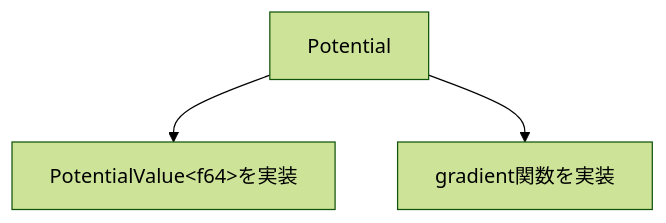
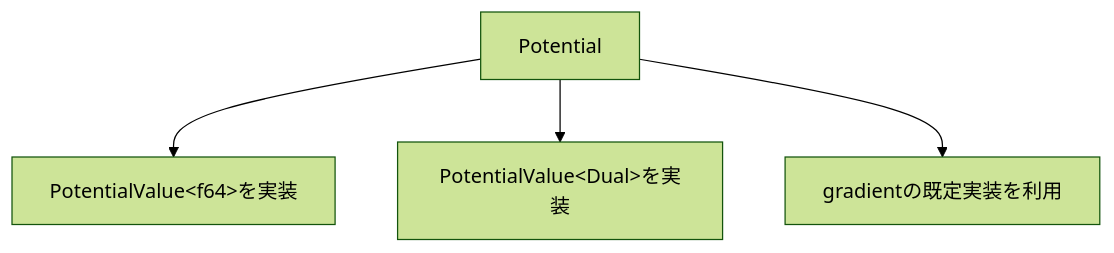
The third of 5 diagrams in docs/rust-potential-guide.md (inuverse44/phys-type), drawn with Mermaid (forest theme) before and after one commit. The commit also changed other lines of this file and 7 other files, not shown here.

````diff
--- a/docs/rust-potential-guide.md
+++ b/docs/rust-potential-guide.md
@@ -134,9 +139,11 @@
 ```mermaid
 flowchart TD
     P[Potential]
     V[PotentialValue&lt;f64&gt;を実装]
-    G[gradient関数を実装]
+    D[PotentialValue&lt;Dual&gt;を実装]
+    G[gradientの既定実装を利用]
 
     P --> V
+    P --> D
     P --> G
 ```
````
